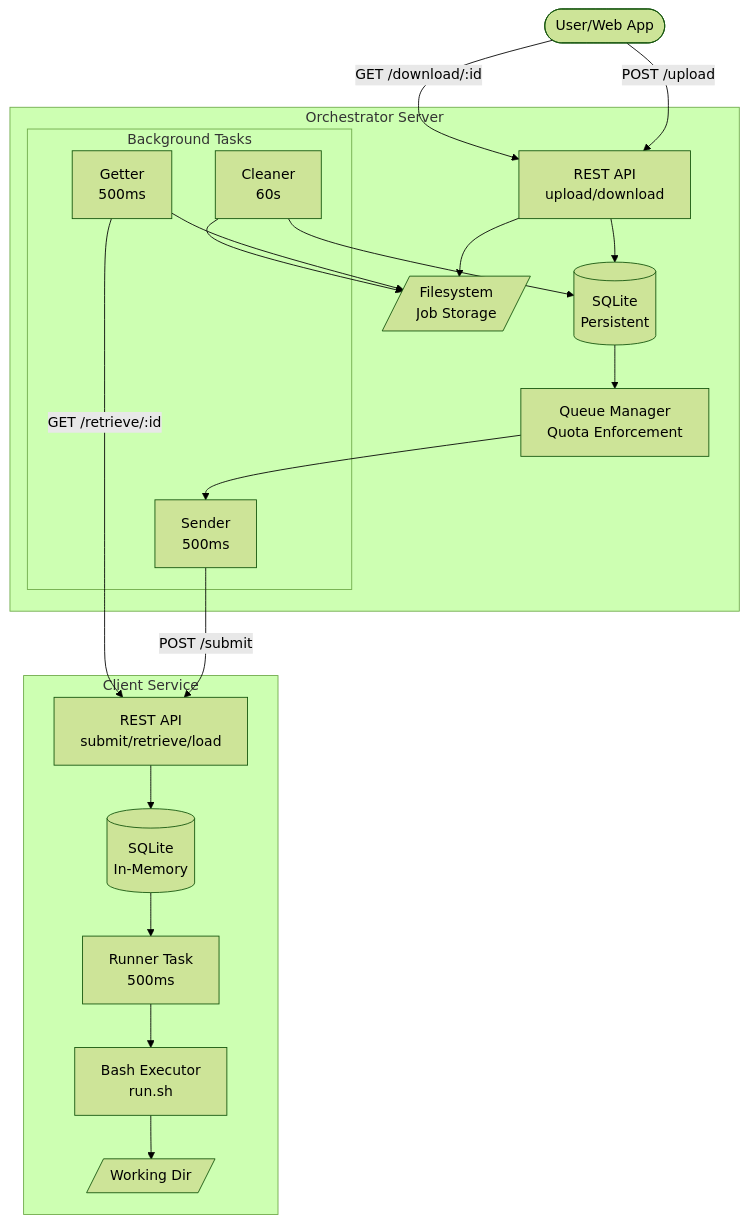
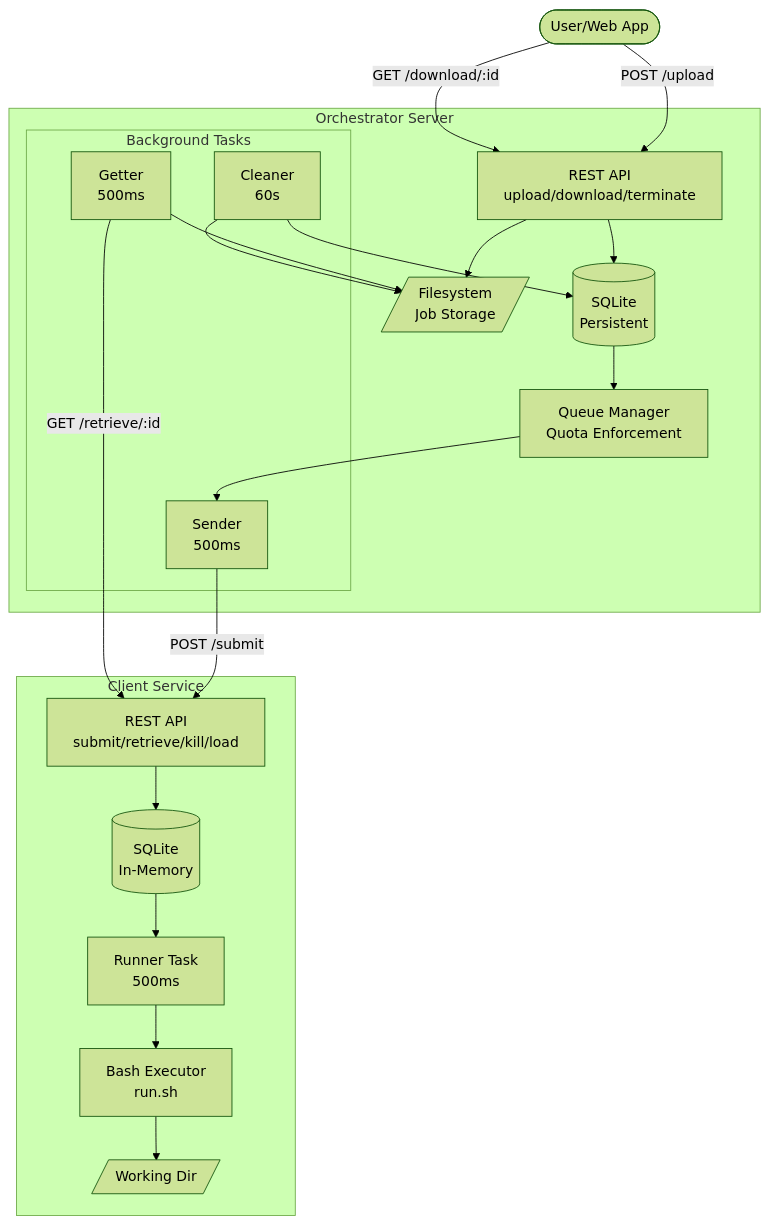
The first of 2 diagrams in docs/src/architecture/overview.md (rvhonorato/job-orchestrator), drawn with Mermaid (forest theme) before and after one commit. The commit also changed other lines of this file and 17 other files, not shown here.

````diff
--- a/docs/src/architecture/overview.md
+++ b/docs/src/architecture/overview.md
@@ -7,35 +7,35 @@
 ```mermaid
 flowchart TB
  subgraph Tasks["Background Tasks"]
         Sender["Sender<br>500ms"]
         Getter["Getter<br>500ms"]
         Cleaner["Cleaner<br>60s"]
   end
  subgraph Server["Orchestrator Server"]
-        API["REST API<br>upload/download"]
+        API["REST API<br>upload/download/terminate"]
         DB[("SQLite<br>Persistent")]
         FS[/"Filesystem<br>Job Storage"/]
         Tasks
         Queue["Queue Manager<br>Quota Enforcement"]
   end
  subgraph Client["Client Service"]
-        ClientAPI["REST API<br>submit/retrieve/load"]
+        ClientAPI["REST API<br>submit/retrieve/kill/load"]
         ClientDB[("SQLite<br>In-Memory")]
         ClientFS[/"Working Dir"/]
         Runner["Runner Task<br>500ms"]
         Executor["Bash Executor<br>run.sh"]
   end
     User(["User/Web App"]) -- POST /upload --> API
     User -- GET /download/:id --> API
     API --> DB & FS
     DB --> Queue
     Queue --> Sender
     Sender -- POST /submit --> ClientAPI
     Getter -- GET /retrieve/:id --> ClientAPI
     Getter --> FS
     Cleaner --> DB & FS
     ClientAPI --> ClientDB
     ClientDB --> Runner
     Runner --> Executor
     Executor --> ClientFS
 ```
````
